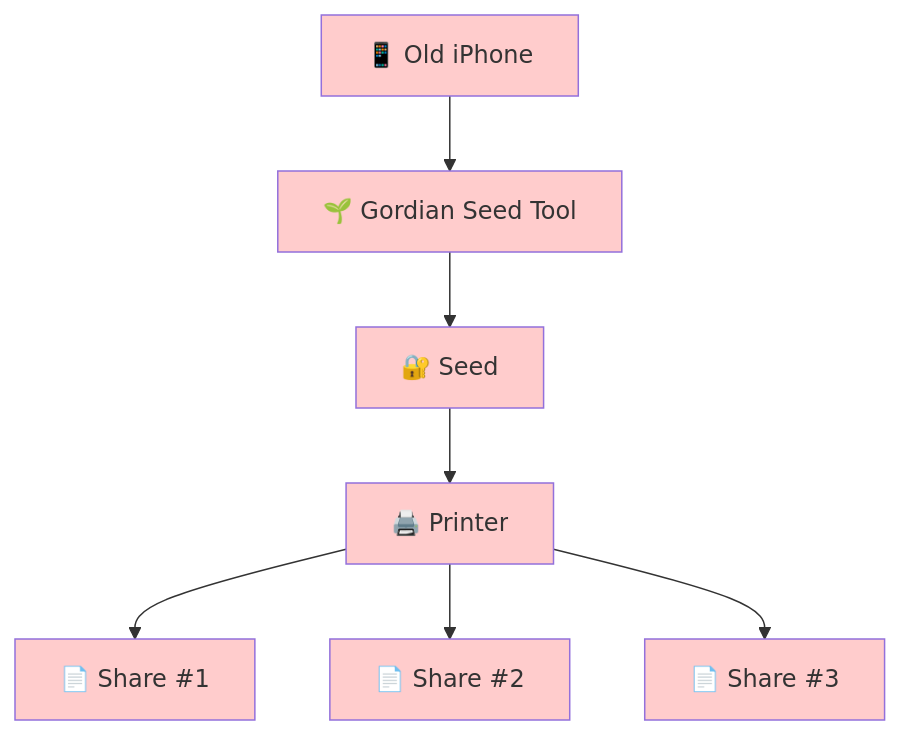
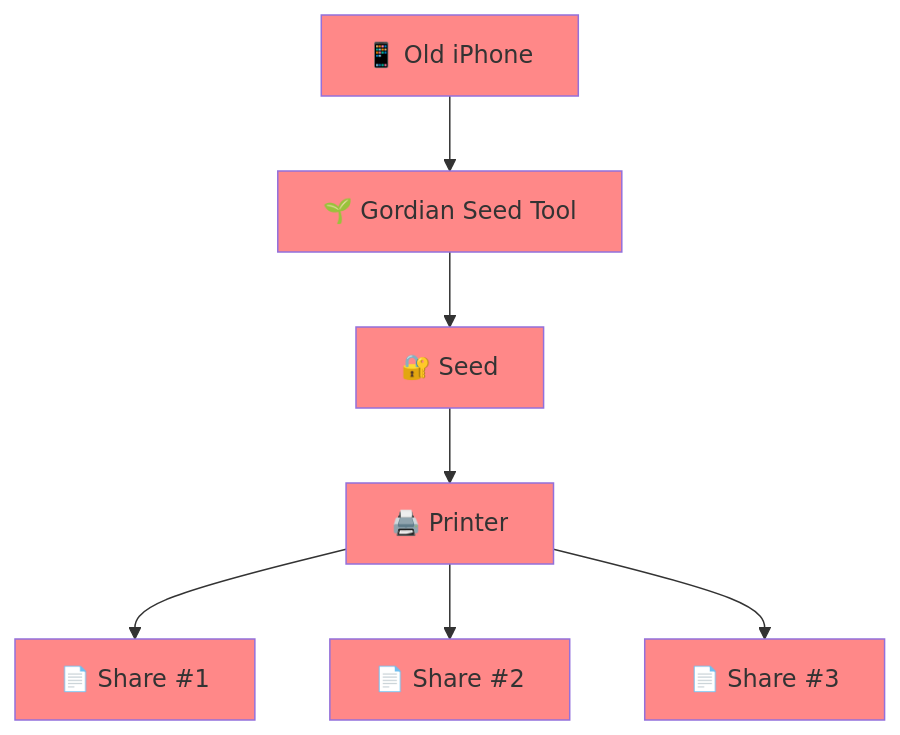
The tenth of 26 diagrams in Docs/Scenario-Multisig.md (BlockchainCommons/SmartCustody), drawn with Mermaid before and after one commit. The commit also changed other lines of this file, not shown here.

````diff
--- a/Docs/Scenario-Multisig.md
+++ b/Docs/Scenario-Multisig.md
@@ -355,24 +355,24 @@
 ```mermaid
     graph TD;
     A["📱 Old iPhone"]
     B["🌱 Gordian Seed Tool"]
     C["🔐 Seed"]
     D["🖨️ Printer"]
     E["📄 Share #1"]
     F["📄 Share #2"]
     G["📄 Share #3"]
     
     A-->B-->C
     C-->D
     D-->E
     D-->F
     D-->G
   
-    style A fill:#ffcccc;
-style B fill:#ffcccc;
-style C fill:#ffcccc;
-style D fill:#ffcccc;
-style E fill:#ffcccc;
-style F fill:#ffcccc;
-style G fill:#ffcccc;
+    style A fill:#ff8888;
+style B fill:#ff8888;
+style C fill:#ff8888;
+style D fill:#ff8888;
+style E fill:#ff8888;
+style F fill:#ff8888;
+style G fill:#ff8888;
 ```
````
